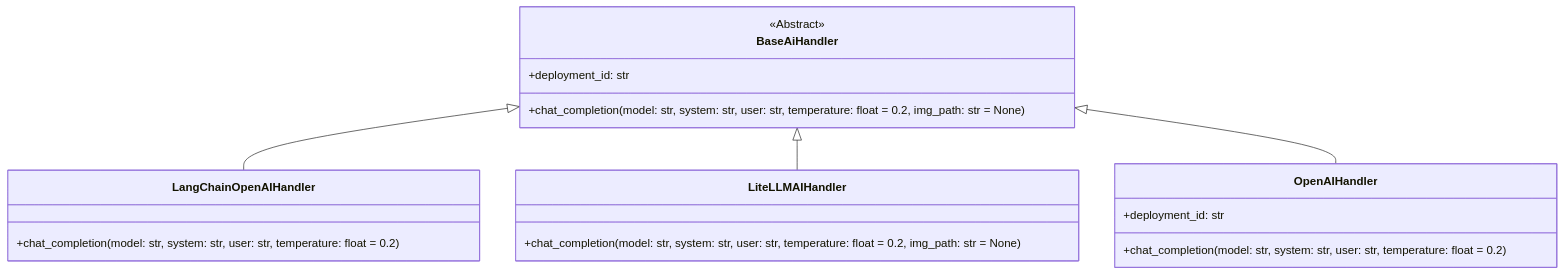
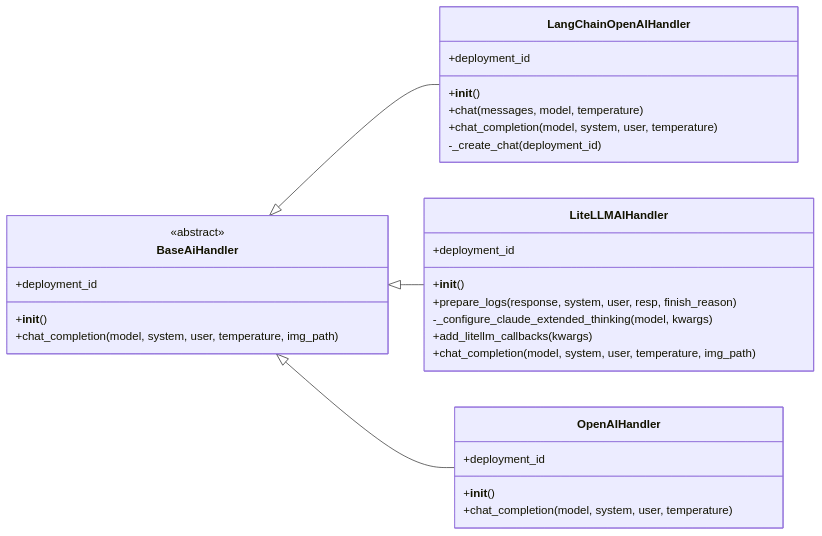
The diagram in docs/ai_handlers.md (chungocchien/pr-agentt), drawn with Mermaid before and after one commit. The commit also changed other lines of this file and 34 other files, not shown here.

````diff
--- a/docs/ai_handlers.md
+++ b/docs/ai_handlers.md
@@ -9,25 +11,34 @@
 ```mermaid
 classDiagram
+    direction LR
     class BaseAiHandler {
-        <<Abstract>>
-        +deployment_id: str
-        +chat_completion(model: str, system: str, user: str, temperature: float = 0.2, img_path: str = None)
+        <<abstract>>
+        +__init__()
+        +deployment_id
+        +chat_completion(model, system, user, temperature, img_path)
     }
-
     class LangChainOpenAIHandler {
-        +chat_completion(model: str, system: str, user: str, temperature: float = 0.2)
+        +__init__()
+        +chat(messages, model, temperature)
+        +deployment_id
+        +chat_completion(model, system, user, temperature)
+        -_create_chat(deployment_id)
     }
-
     class LiteLLMAIHandler {
-        +chat_completion(model: str, system: str, user: str, temperature: float = 0.2, img_path: str = None)
+        +__init__()
+        +prepare_logs(response, system, user, resp, finish_reason)
+        -_configure_claude_extended_thinking(model, kwargs)
+        +add_litellm_callbacks(kwargs)
+        +deployment_id
+        +chat_completion(model, system, user, temperature, img_path)
     }
-
     class OpenAIHandler {
-        +deployment_id: str
-        +chat_completion(model: str, system: str, user: str, temperature: float = 0.2)
+        +__init__()
+        +deployment_id
+        +chat_completion(model, system, user, temperature)
     }
 
     BaseAiHandler <|-- LangChainOpenAIHandler
     BaseAiHandler <|-- LiteLLMAIHandler
     BaseAiHandler <|-- OpenAIHandler
 ```
````
